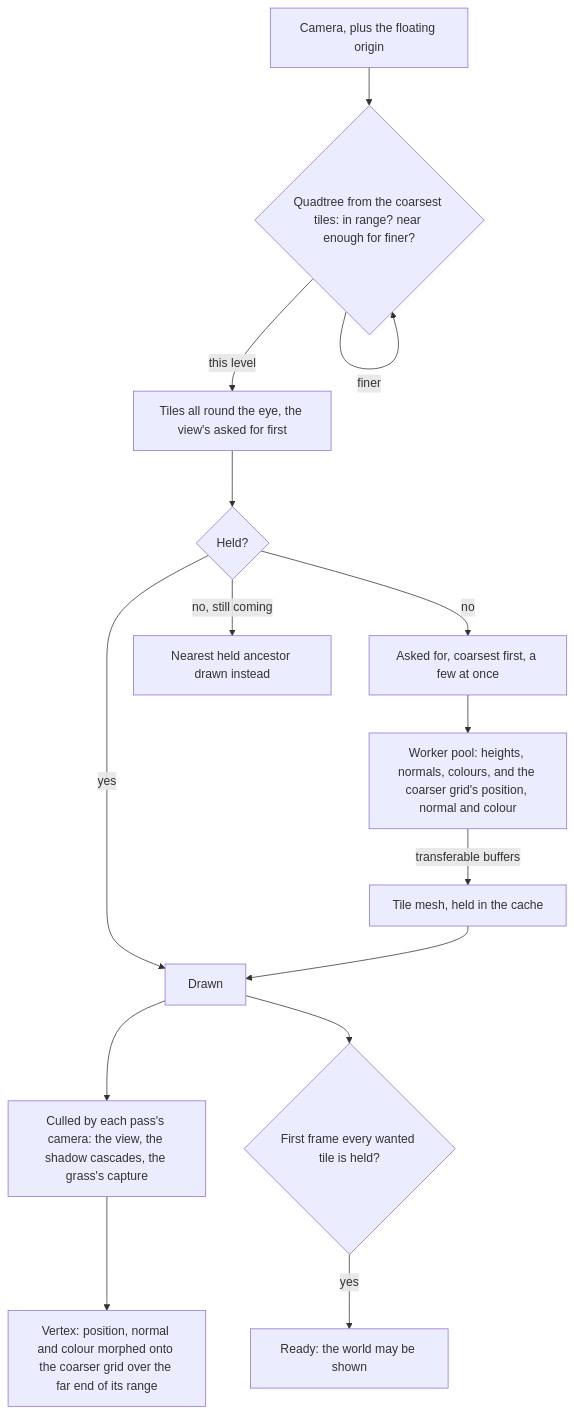
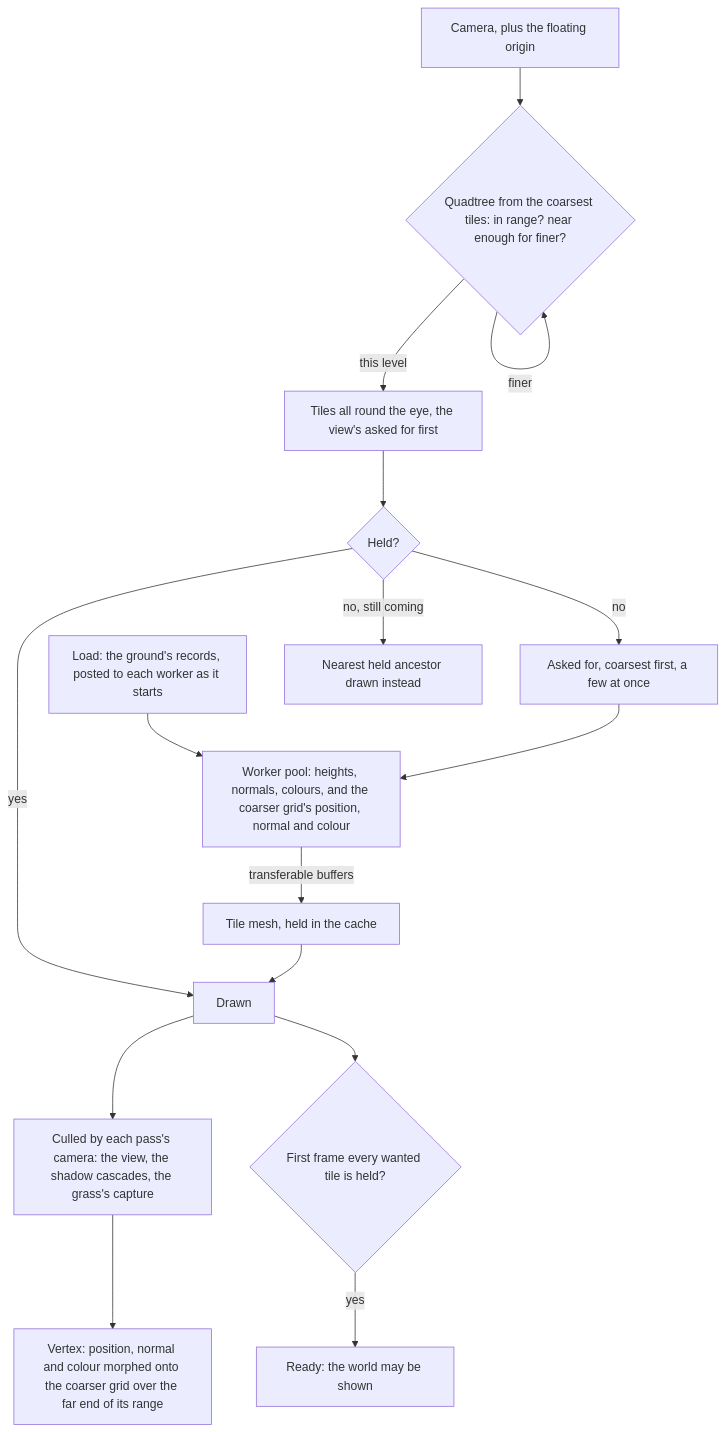
One commit to Esposter/Esposter changed the diagram in apps/web/content/docs/genshin/terrain.md. Above: the diagram before and after it, drawn with Mermaid. The commit also changed other lines of this file and 17 other files, not shown here.

First line of the commit message:
docs(genshin): the world's gate reads the ground, catalogue and animals, the session hands the one ground down, and each terrain worker is loaded with its ground before its first tile

````diff
--- a/apps/web/content/docs/genshin/terrain.md
+++ b/apps/web/content/docs/genshin/terrain.md
@@ -12,17 +12,18 @@
 ```mermaid
 flowchart TD
   CAM[Camera, plus the floating origin] --> QT{Quadtree from the coarsest tiles: in range? near enough for finer?}
   QT -->|finer| QT
   QT -->|this level| W[Tiles all round the eye, the view's asked for first]
   W --> ST{Held?}
   ST -->|no| REQ[Asked for, coarsest first, a few at once]
+  LOAD[Load: the ground's records, posted to each worker as it starts] --> WK
   REQ --> WK[Worker pool: heights, normals, colours, and the coarser grid's position, normal and colour]
   WK -->|transferable buffers| M[Tile mesh, held in the cache]
   ST -->|yes| D[Drawn]
   ST -->|no, still coming| A[Nearest held ancestor drawn instead]
   M --> D
   D --> CULL[Culled by each pass's camera: the view, the shadow cascades, the grass's capture]
   CULL --> VS[Vertex: position, normal and colour morphed onto the coarser grid over the far end of its range]
   D --> RD{First frame every wanted tile is held?}
   RD -->|yes| READY[Ready: the world may be shown]
 ```
````
